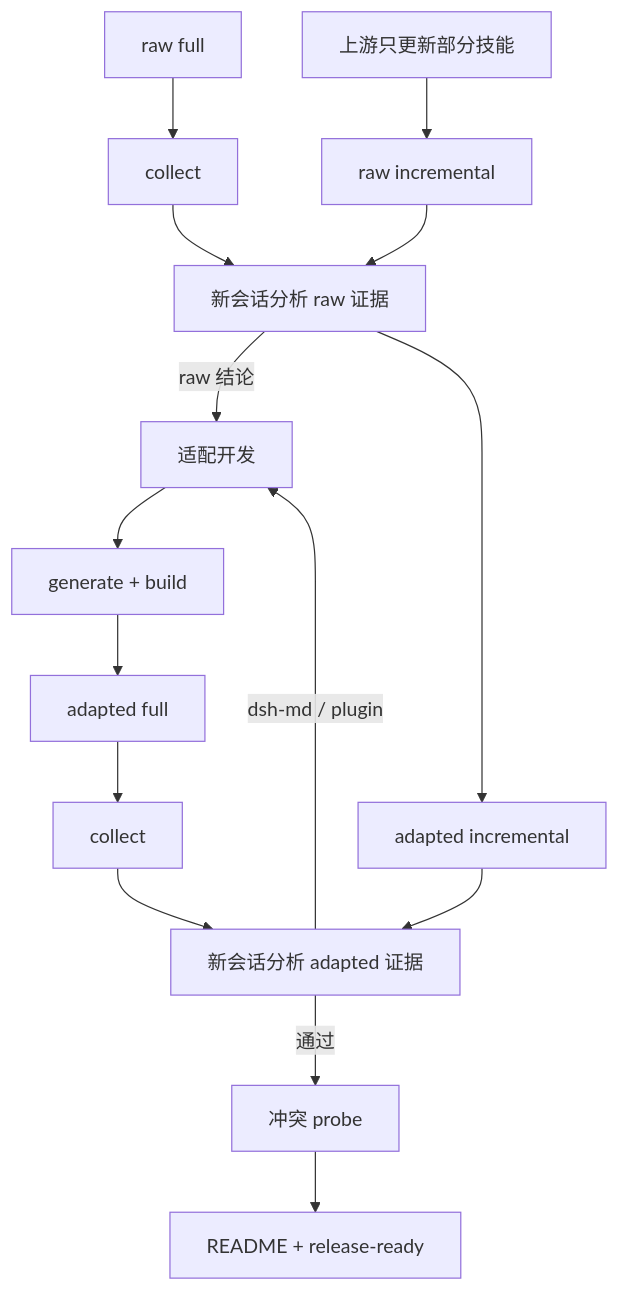
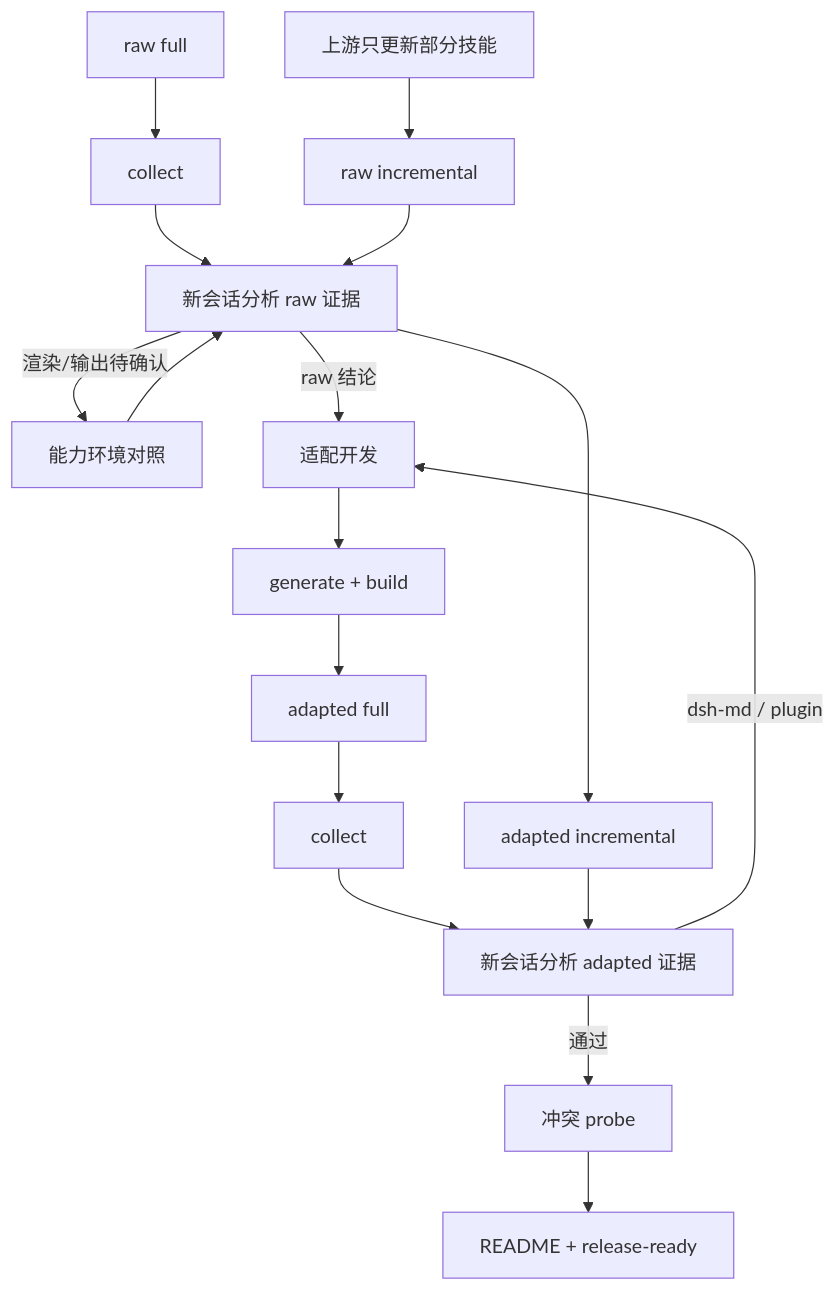
Before and after one commit to MaxonT/dsh-pstack: the diagram in playground/docs/verification-loop.md, drawn with Mermaid. The commit also changed other lines of this file and 2 other files, not shown here.

Commit message:
docs(playground): decouple environment docs from render plugin package

````diff
--- a/playground/docs/verification-loop.md
+++ b/playground/docs/verification-loop.md
@@ -24,17 +24,19 @@
 ```mermaid
 flowchart TD
   rawFull[raw full] --> collectRaw[collect]
   collectRaw --> analyzeRaw[新会话分析 raw 证据]
+  analyzeRaw -->|渲染/输出待确认| renderCompare[能力环境对照]
+  renderCompare --> analyzeRaw
   analyzeRaw -->|raw 结论| portChange[适配开发]
   portChange --> build[generate + build]
   build --> adaptedFull[adapted full]
   adaptedFull --> collectAdapted[collect]
   collectAdapted --> analyzeAdapted[新会话分析 adapted 证据]
   analyzeAdapted -->|dsh-md / plugin| portChange
   analyzeAdapted -->|通过| envGroup[冲突 probe]
   envGroup --> release[README + release-ready]
   upstream[上游只更新部分技能] --> rawDelta[raw incremental]
   rawDelta --> analyzeRaw
   analyzeRaw --> adaptedDelta[adapted incremental]
   adaptedDelta --> analyzeAdapted
 ```
````
